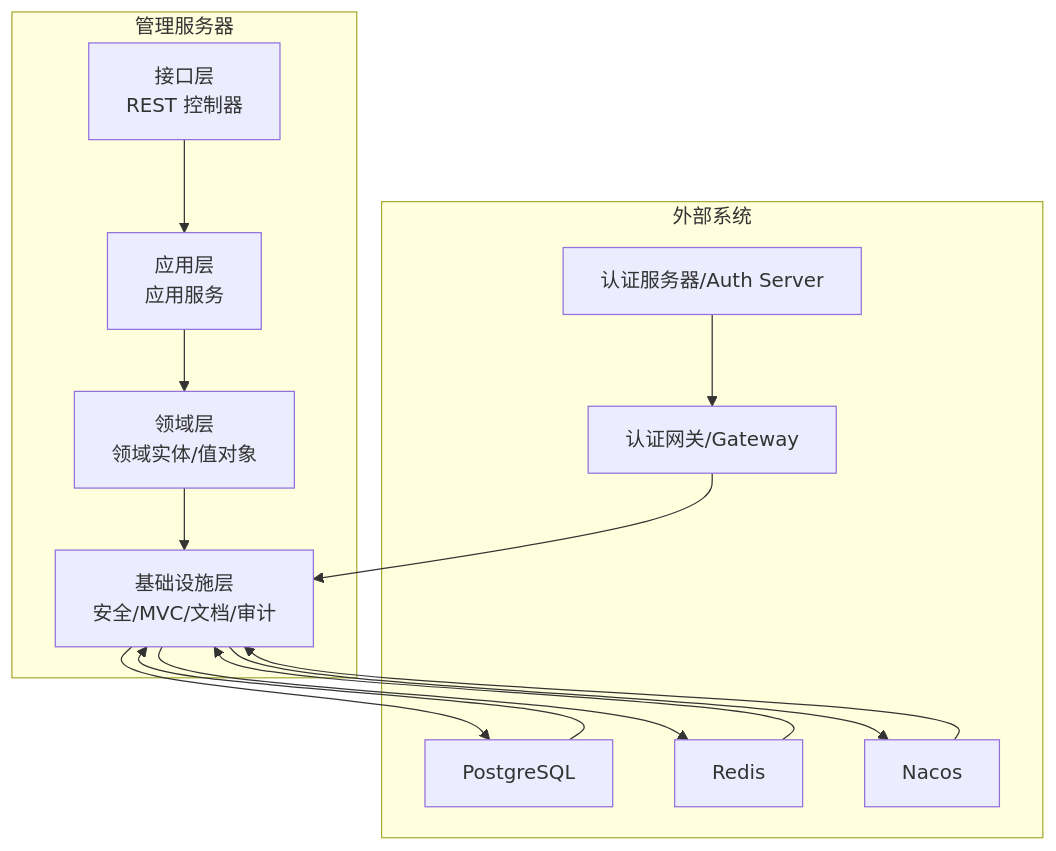
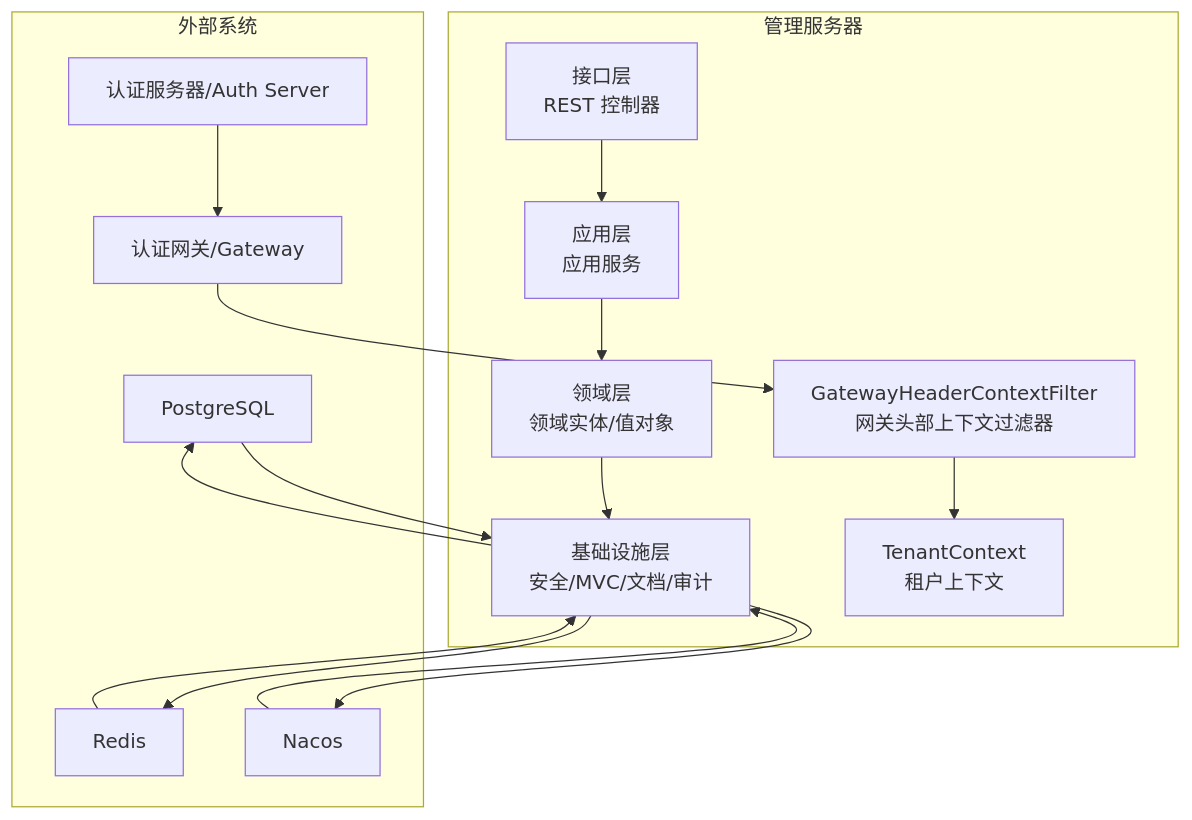
Before and after one commit to fq0121104930716/iam-platform: the second of 10 diagrams in .qoder/repowiki/zh/content/项目概述/项目结构/管理服务器 (iam-admin-server)/管理服务器架构.md, drawn with Mermaid. The commit also changed other lines of this file and 13 other files, not shown here.

````diff
--- a/.qoder/repowiki/zh/content/项目概述/项目结构/管理服务器 (iam-admin-server)/管理服务器架构.md
+++ b/.qoder/repowiki/zh/content/项目概述/项目结构/管理服务器 (iam-admin-server)/管理服务器架构.md
@@ -120,27 +136,30 @@
 ```mermaid
 graph TB
 subgraph "外部系统"
 GW["认证网关/Gateway"]
 AS["认证服务器/Auth Server"]
 DB["PostgreSQL"]
 RD["Redis"]
 NC["Nacos"]
 end
 subgraph "管理服务器"
 IL["接口层<br/>REST 控制器"]
 AL["应用层<br/>应用服务"]
 DL["领域层<br/>领域实体/值对象"]
 IF["基础设施层<br/>安全/MVC/文档/审计"]
+GHC["GatewayHeaderContextFilter<br/>网关头部上下文过滤器"]
+TC["TenantContext<br/>租户上下文"]
 end
-GW --> IF
+GW --> GHC
 AS --> GW
 DB --> IF
 RD --> IF
 NC --> IF
 IL --> AL
 AL --> DL
 DL --> IF
 IF --> DB
 IF --> RD
 IF --> NC
+GHC --> TC
 ```
````
